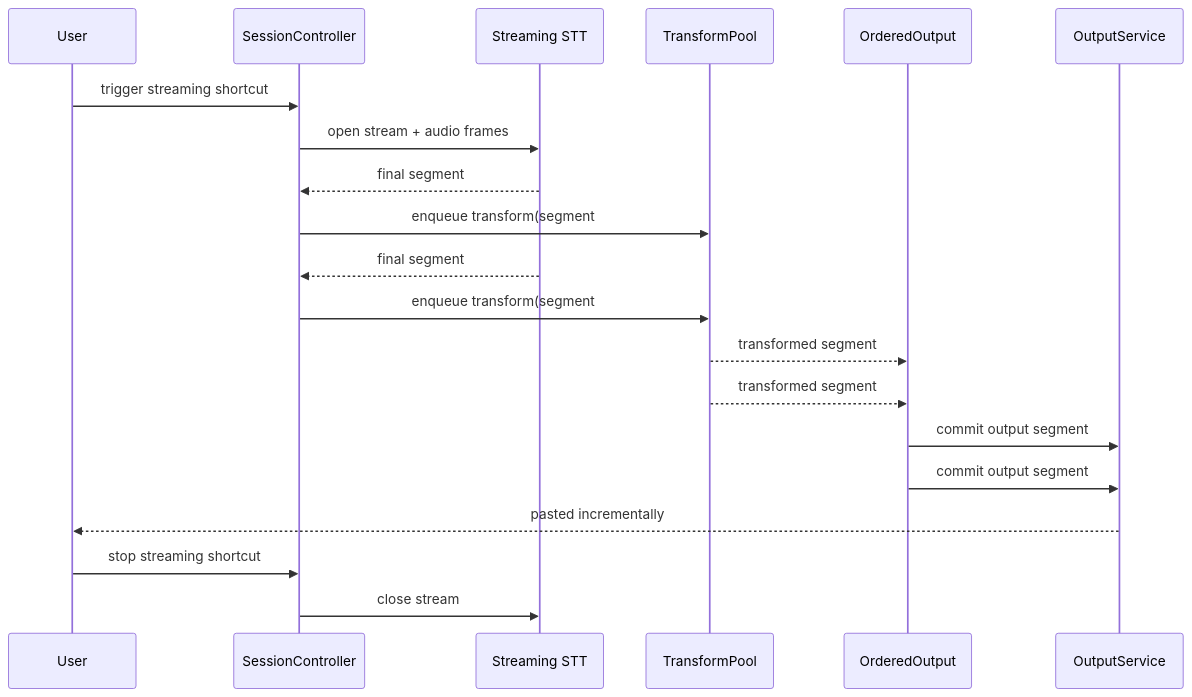
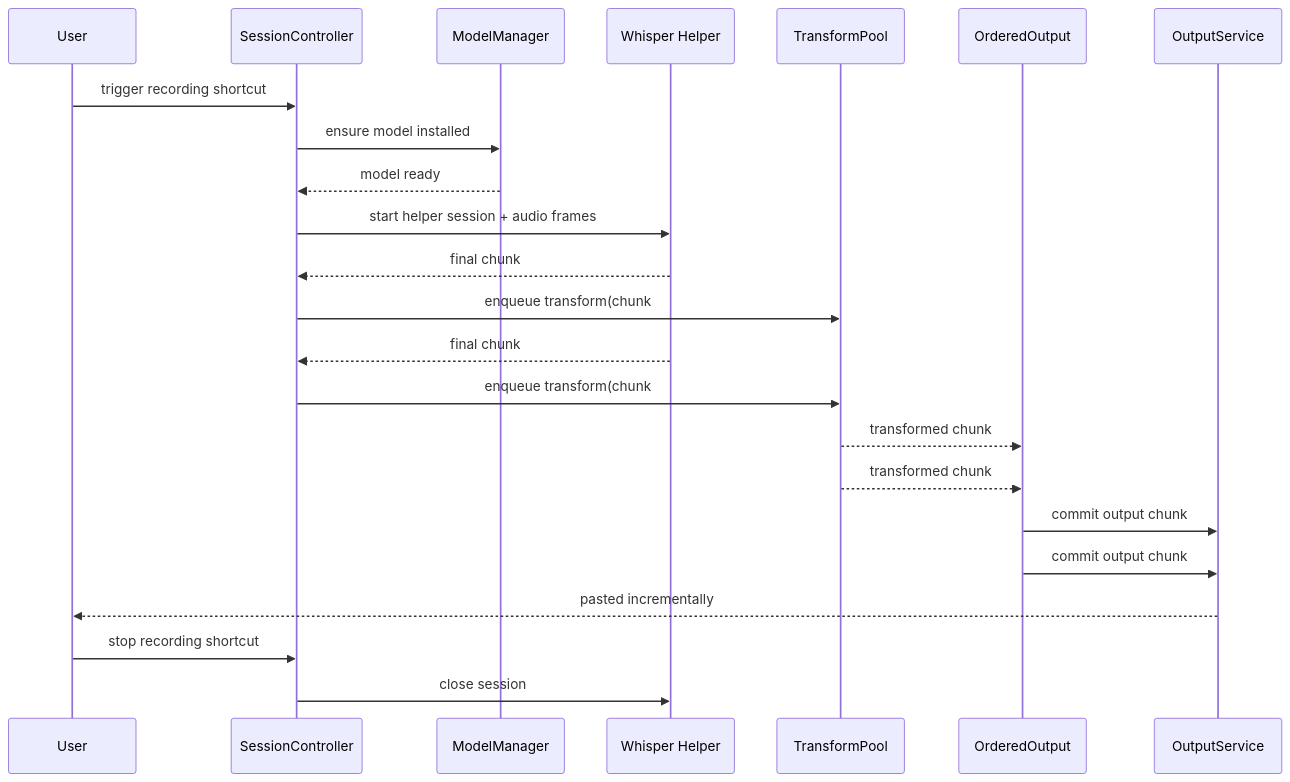
One commit to massun-onibakuchi/speech-to-text-app changed the eighth of 8 diagrams in specs/spec.md. Above: the diagram before and after it, drawn with Mermaid. The commit also changed other lines of this file and 3 other files, not shown here.

Commit message:
docs: define local whisper streaming rollout plan

````diff
--- a/specs/spec.md
+++ b/specs/spec.md
@@ -1012,23 +965,26 @@
 ```mermaid
 sequenceDiagram
   participant U as User
   participant S as SessionController
-  participant STT as Streaming STT
+  participant M as ModelManager
+  participant H as Whisper Helper
   participant T as TransformPool
   participant OC as OrderedOutput
   participant O as OutputService
 
-  U->>S: trigger streaming shortcut
-  S->>STT: open stream + audio frames
-  STT-->>S: final segment #1 text
-  S->>T: enqueue transform(segment #1)
-  STT-->>S: final segment #2 text
-  S->>T: enqueue transform(segment #2)
-  T-->>OC: transformed segment #2 (ready first)
-  T-->>OC: transformed segment #1
-  OC->>O: commit output segment #1
-  OC->>O: commit output segment #2
+  U->>S: trigger recording shortcut
+  S->>M: ensure model installed
+  M-->>S: model ready
+  S->>H: start helper session + audio frames
+  H-->>S: final chunk #1 text
+  S->>T: enqueue transform(chunk #1)
+  H-->>S: final chunk #2 text
+  S->>T: enqueue transform(chunk #2)
+  T-->>OC: transformed chunk #2 (ready first)
+  T-->>OC: transformed chunk #1
+  OC->>O: commit output chunk #1
+  OC->>O: commit output chunk #2
   O-->>U: pasted incrementally
-  U->>S: stop streaming shortcut
-  S->>STT: close stream
+  U->>S: stop recording shortcut
+  S->>H: close session
 ```
````
